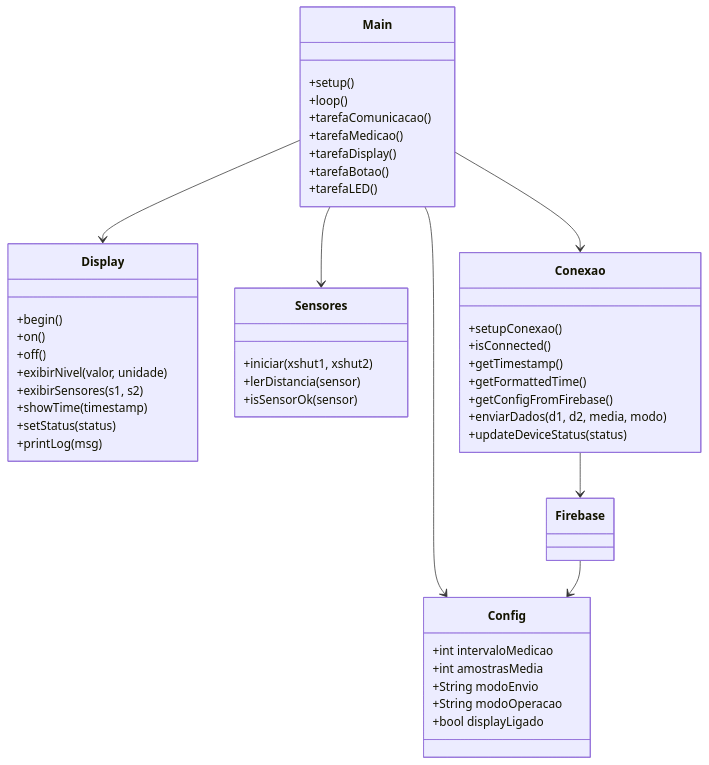
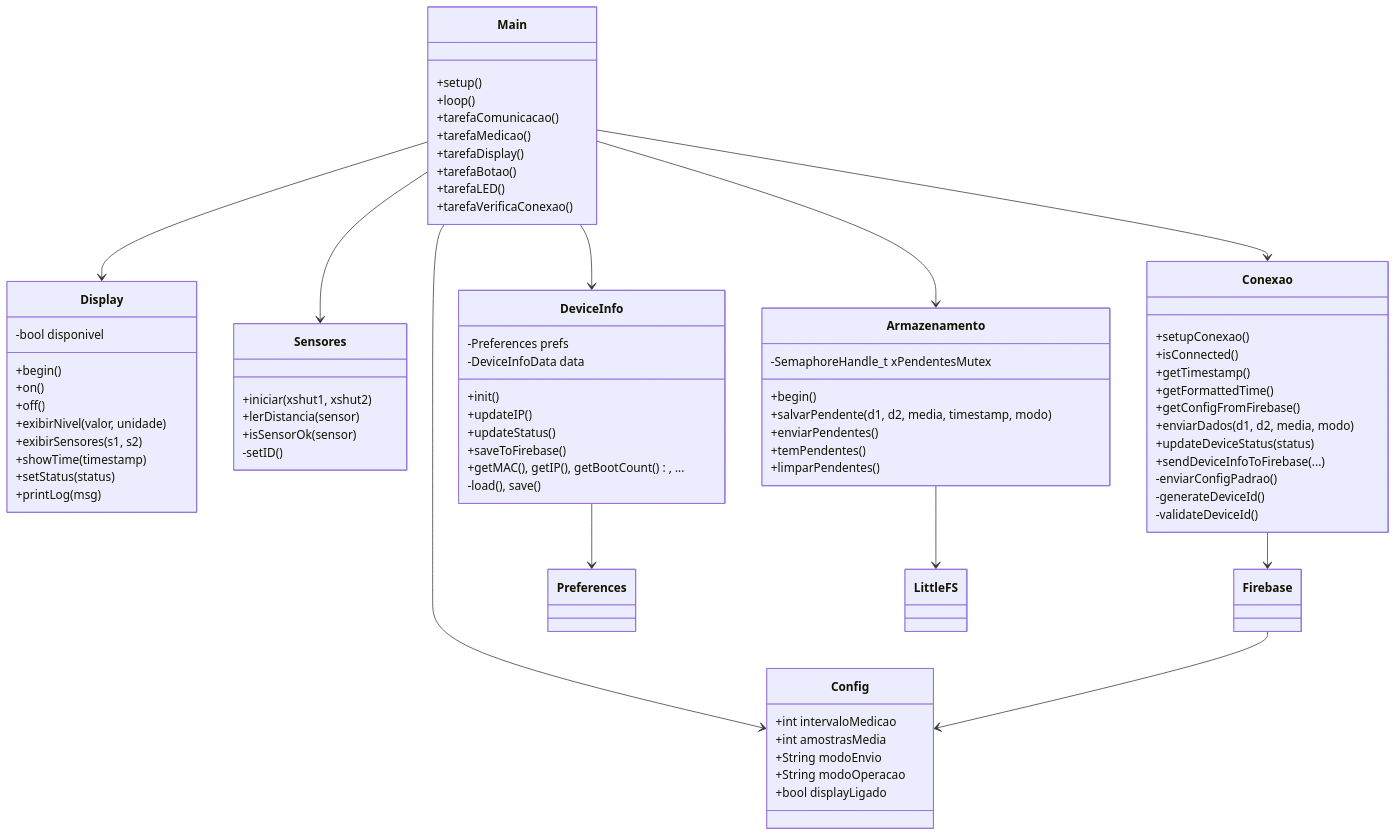
Before and after one commit to tecbudo/niveltec: the eighth of 8 diagrams in README.md, drawn with Mermaid. The commit also changed other lines of this file, not shown here.

````diff
--- a/README.md
+++ b/README.md
@@ -253,50 +389,79 @@
 ```mermaid
 classDiagram
     class Display {
         +begin()
         +on()
         +off()
         +exibirNivel(valor, unidade)
         +exibirSensores(s1, s2)
         +showTime(timestamp)
         +setStatus(status)
         +printLog(msg)
+        -bool disponivel
     }
     class Sensores {
         +iniciar(xshut1, xshut2)
         +lerDistancia(sensor)
         +isSensorOk(sensor)
+        -setID()
     }
     class Conexao {
         +setupConexao()
         +isConnected()
         +getTimestamp()
         +getFormattedTime()
         +getConfigFromFirebase()
         +enviarDados(d1, d2, media, modo)
         +updateDeviceStatus(status)
+        +sendDeviceInfoToFirebase(...)
+        -enviarConfigPadrao()
+        -generateDeviceId()
+        -validateDeviceId()
+    }
+    class Armazenamento {
+        +begin()
+        +salvarPendente(d1, d2, media, timestamp, modo)
+        +enviarPendentes()
+        +temPendentes()
+        +limparPendentes()
+        -SemaphoreHandle_t xPendentesMutex
+    }
+    class DeviceInfo {
+        +init()
+        +updateIP()
+        +updateStatus()
+        +saveToFirebase()
+        +getMAC(), getIP(), getBootCount(), ...
+        -load(), save()
+        -Preferences prefs
+        -DeviceInfoData data
     }
     class Config {
         +int intervaloMedicao
         +int amostrasMedia
         +String modoEnvio
         +String modoOperacao
         +bool displayLigado
     }
     class Main {
         +setup()
         +loop()
         +tarefaComunicacao()
         +tarefaMedicao()
         +tarefaDisplay()
         +tarefaBotao()
         +tarefaLED()
+        +tarefaVerificaConexao()
     }
 
     Main --> Display
     Main --> Sensores
     Main --> Conexao
     Main --> Config
+    Main --> Armazenamento
+    Main --> DeviceInfo
     Conexao --> Firebase
     Firebase --> Config
+    DeviceInfo --> Preferences
+    Armazenamento --> LittleFS
 ```
````
